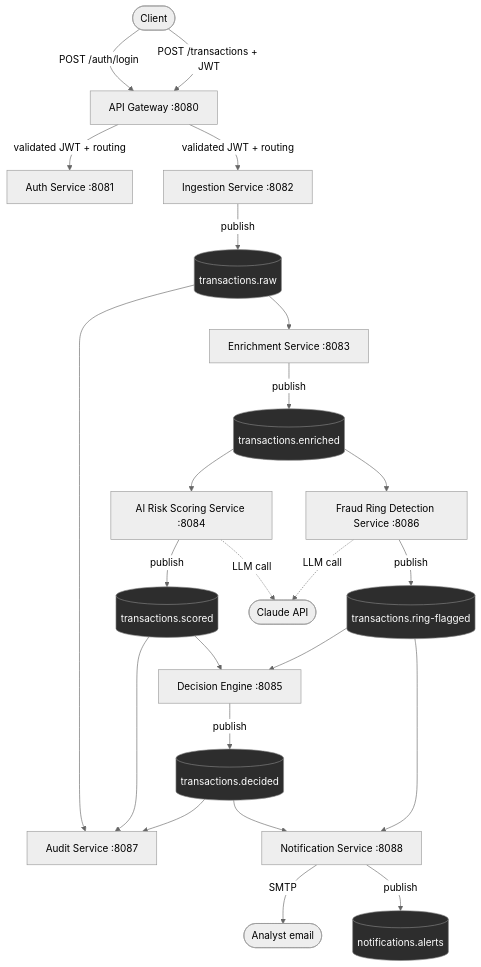
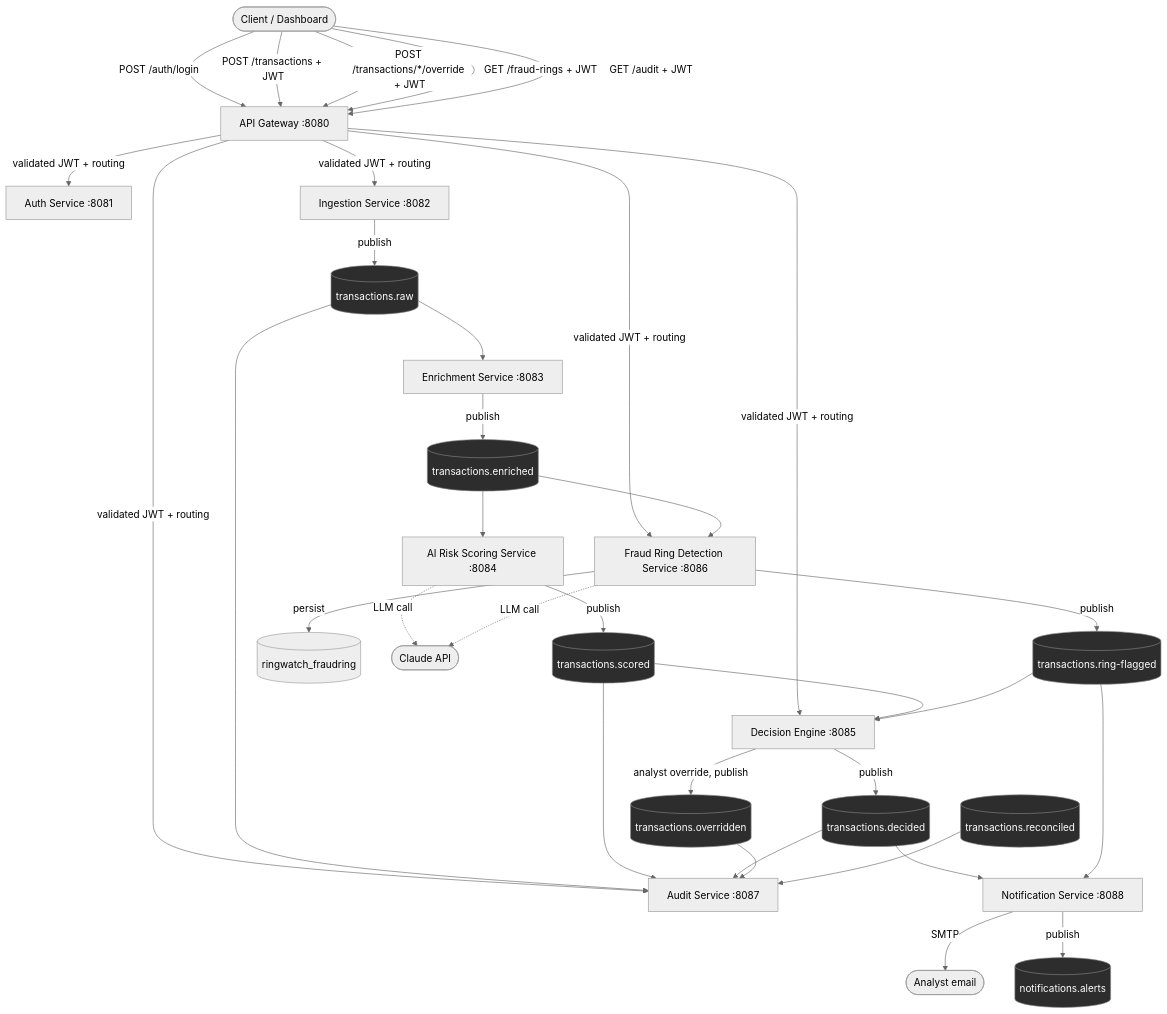
One commit to krniya/RingWatch changed the first of 2 diagrams in README.md. Above: the diagram before and after it, drawn with Mermaid (neutral theme). The commit also changed other lines of this file and 1 other file, not shown here.

````diff
--- a/README.md
+++ b/README.md
@@ -17,36 +19,46 @@
 ```mermaid
 flowchart TD
-    Client([Client]) -->|POST /auth/login| Gateway[API Gateway :8080]
+    Client([Client / Dashboard]) -->|POST /auth/login| Gateway[API Gateway :8080]
     Client -->|POST /transactions + JWT| Gateway
+    Client -->|POST /transactions/*/override + JWT| Gateway
+    Client -->|GET /fraud-rings + JWT| Gateway
+    Client -->|GET /audit + JWT| Gateway
     Gateway -->|validated JWT + routing| Auth[Auth Service :8081]
     Gateway -->|validated JWT + routing| Ingestion[Ingestion Service :8082]
+    Gateway -->|validated JWT + routing| Decision[Decision Engine :8085]
+    Gateway -->|validated JWT + routing| FraudRing[Fraud Ring Detection Service :8086]
+    Gateway -->|validated JWT + routing| Audit[Audit Service :8087]
 
     Ingestion -->|publish| RAW[(transactions.raw)]
     RAW --> Enrichment[Enrichment Service :8083]
     Enrichment -->|publish| ENRICHED[(transactions.enriched)]
 
     ENRICHED --> Risk[AI Risk Scoring Service :8084]
-    ENRICHED --> FraudRing[Fraud Ring Detection Service :8086]
+    ENRICHED --> FraudRing
 
     Risk -->|publish| SCORED[(transactions.scored)]
     FraudRing -->|publish| RINGFLAGGED[(transactions.ring-flagged)]
+    FraudRing -->|persist| FraudRingDB[(ringwatch_fraudring)]
 
-    SCORED --> Decision[Decision Engine :8085]
+    SCORED --> Decision
     RINGFLAGGED --> Decision
     Decision -->|publish| DECIDED[(transactions.decided)]
+    Decision -->|analyst override, publish| OVERRIDDEN[(transactions.overridden)]
 
-    RAW --> Audit[Audit Service :8087]
+    RAW --> Audit
     SCORED --> Audit
     DECIDED --> Audit
+    OVERRIDDEN --> Audit
+    RECONCILED[(transactions.reconciled)] --> Audit
 
     DECIDED --> Notification[Notification Service :8088]
     RINGFLAGGED --> Notification
     Notification -->|SMTP| Email([Analyst email])
     Notification -->|publish| ALERTS[(notifications.alerts)]
 
     Risk -.->|LLM call| Anthropic([Claude API])
     FraudRing -.->|LLM call| Anthropic
 
     classDef topic fill:#2d2d2d,stroke:#888,color:#fff
-    class RAW,ENRICHED,SCORED,RINGFLAGGED,DECIDED,ALERTS topic
+    class RAW,ENRICHED,SCORED,RINGFLAGGED,DECIDED,OVERRIDDEN,RECONCILED,ALERTS topic
 ```
````
